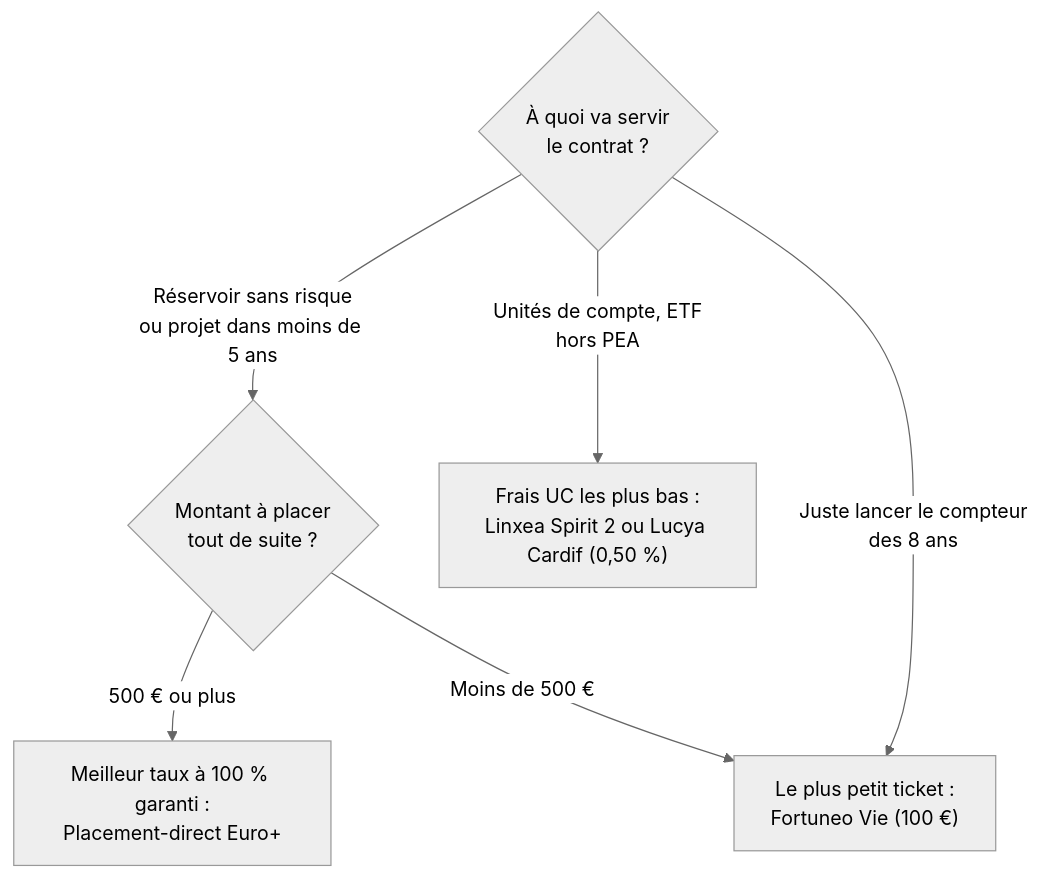
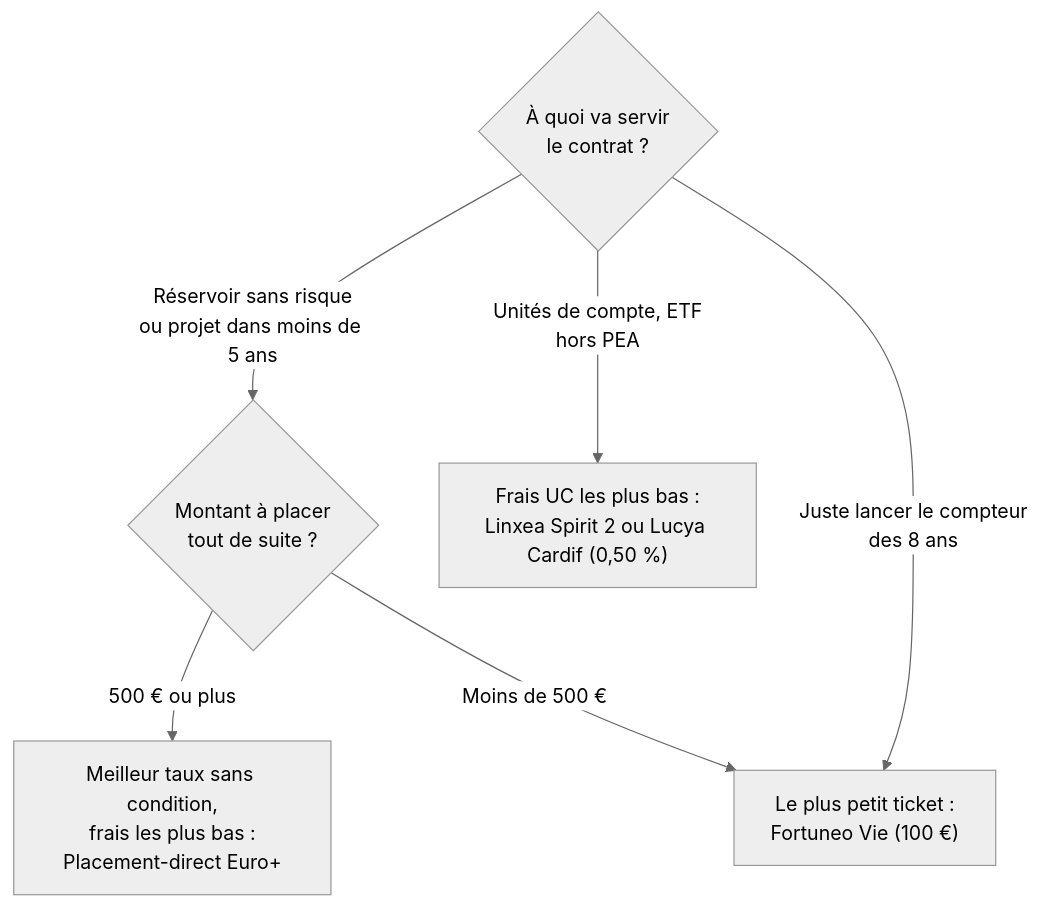
Before and after one commit to mpek29/learning: the diagram in _financial/choisir_une_assurance_vie.md, drawn with Mermaid (neutral theme). The commit also changed other lines of this file, not shown here.

````diff
--- a/_financial/choisir_une_assurance_vie.md
+++ b/_financial/choisir_une_assurance_vie.md
@@ -105,8 +105,8 @@
 ```mermaid
 flowchart TD
     A{"À quoi va servir<br/>le contrat ?"} -->|"Réservoir sans risque<br/>ou projet dans moins de 5 ans"| B{"Montant à placer<br/>tout de suite ?"}
     A -->|"Unités de compte, ETF<br/>hors PEA"| C["Frais UC les plus bas :<br/>Linxea Spirit 2 ou Lucya Cardif (0,50 %)"]
     A -->|"Juste lancer le compteur<br/>des 8 ans"| D["Le plus petit ticket :<br/>Fortuneo Vie (100 €)"]
-    B -->|"500 € ou plus"| E["Meilleur taux à 100 % garanti :<br/>Placement-direct Euro+"]
+    B -->|"500 € ou plus"| E["Meilleur taux sans condition,<br/>frais les plus bas :<br/>Placement-direct Euro+"]
     B -->|"Moins de 500 €"| D
 ```
````
